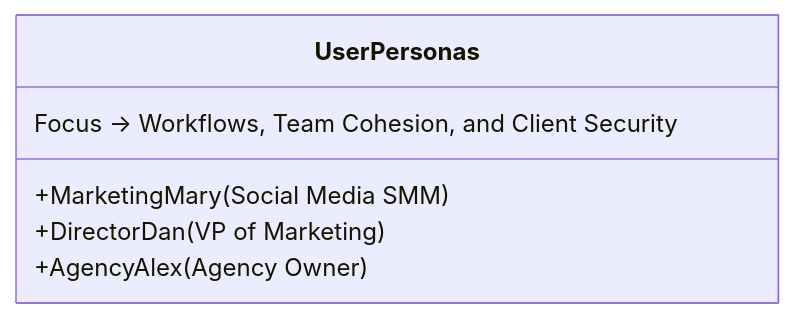
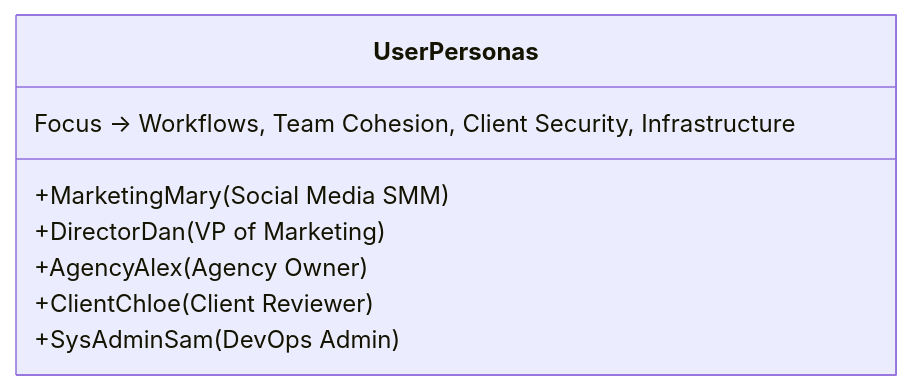
One commit to rjmad1/Fluxora changed the diagram in PM_Deliverables/03_User_Personas_and_Journeys.md. Above: the diagram before and after it, drawn with Mermaid. The commit also changed other lines of this file, not shown here.

Commit message:
docs: add user personas and customer journey mapping documentation

````diff
--- a/PM_Deliverables/03_User_Personas_and_Journeys.md
+++ b/PM_Deliverables/03_User_Personas_and_Journeys.md
@@ -10,9 +10,11 @@
 ```mermaid
 classDiagram
     class UserPersonas {
         +MarketingMary (Social Media SMM)
         +DirectorDan (VP of Marketing)
         +AgencyAlex (Agency Owner)
+        +ClientChloe (Client Reviewer)
+        +SysAdminSam (DevOps Admin)
     }
-    UserPersonas : Focus -> Workflows, Team Cohesion, and Client Security
+    UserPersonas : Focus -> Workflows, Team Cohesion, Client Security, Infrastructure
 ```
````
